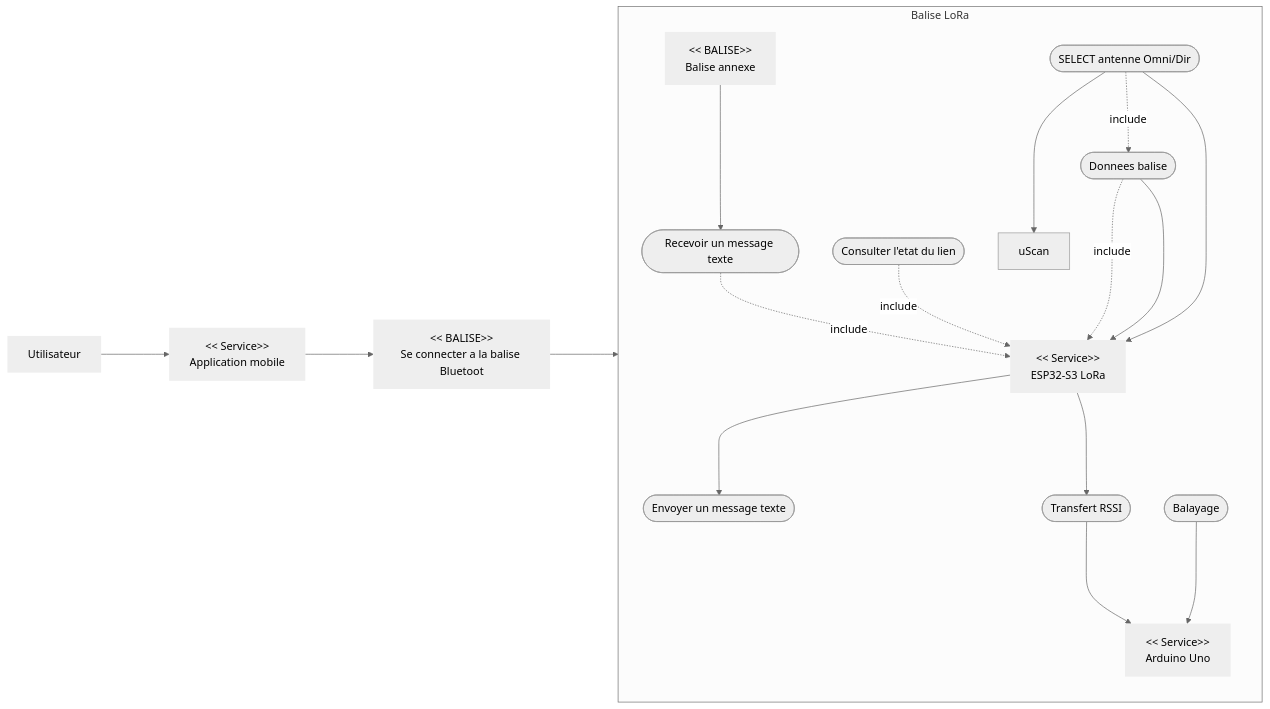
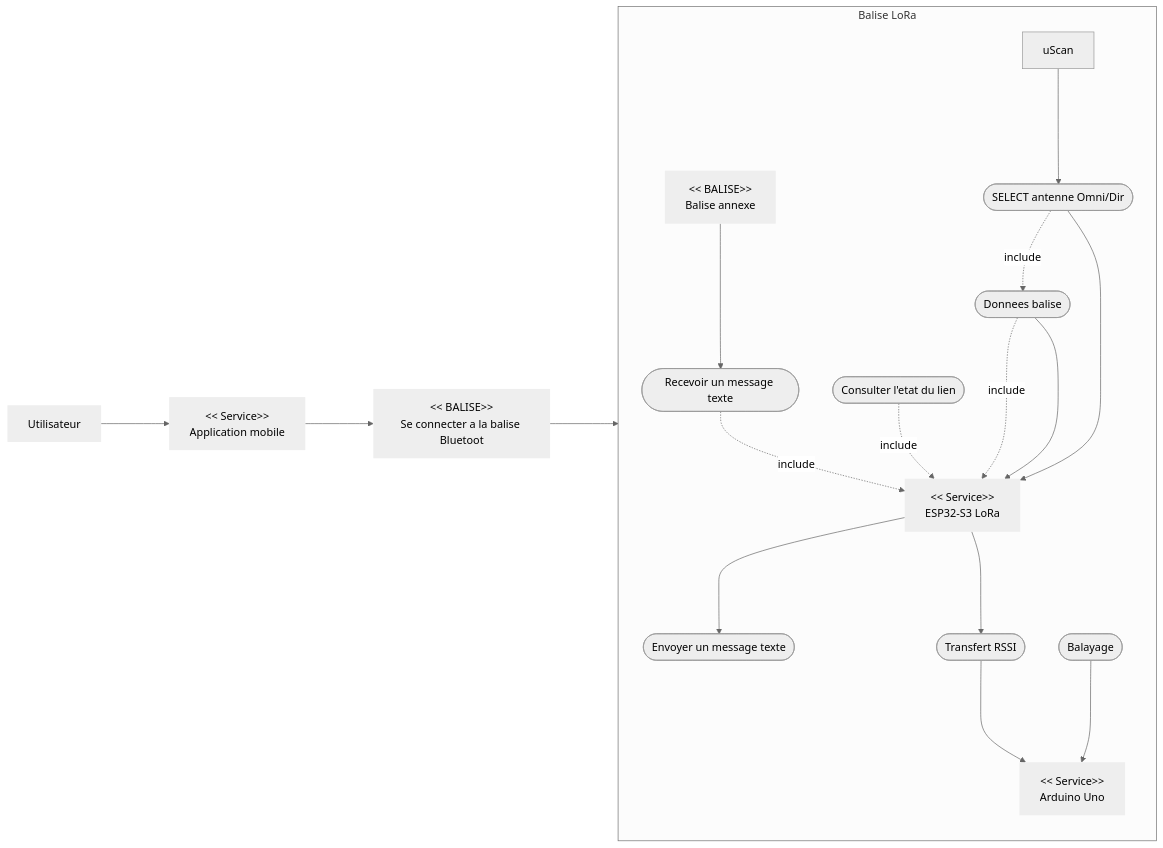
The first of 7 diagrams in Diagrammes_SysML_Projet_LoRa.md (SHU445/Projet-LoRa-72h), drawn with Mermaid (neutral theme) before and after one commit.

Commit message:
"CorrectUseCase4.3"

````diff
--- a/Diagrammes_SysML_Projet_LoRa.md
+++ b/Diagrammes_SysML_Projet_LoRa.md
@@ -12,41 +12,41 @@
 ```mermaid
 flowchart LR
   rU["Utilisateur"]:::role
   rAPP["<< Service>>\nApplication mobile"]:::role
   rESP["<< Service>>\nESP32-S3 LoRa"]:::role
   rARD["<< Service>>\nArduino Uno"]:::role
   rCONN["<< BALISE>>\nSe connecter a la balise Bluetoot"]:::role
 
   rOTB["<< BALISE>>\nBalise annexe"]:::role
 
   subgraph S["Balise LoRa"]
     direction TB
     ucSend([Envoyer un message texte])
     ucReceive([Recevoir un message texte])
     ucStatus([Consulter l'etat du lien])
     ucData([Donnees balise])
     ucSelectAntenna([SELECT antenne Omni/Dir])
     ucScan([Balayage])
     ucRssi([Transfert RSSI])
 
     rESP ---> ucSend
     ucReceive -. include .-> rESP
     ucStatus -. include .-> rESP
     ucData -. include .-> rESP
     ucSelectAntenna -. include .-> ucData
-    ucSelectAntenna ---> uScan
+    uScan ---> ucSelectAntenna
     rESP ---> ucRssi ---> rARD
     rOTB ---> ucReceive
   end
 
   rU ---> rAPP
   rAPP ---> rCONN
   rCONN ---> rESP
 
   ucData ---> rESP
   ucSelectAntenna ---> rESP
 
   ucScan ---> rARD
 
   classDef role stroke-width:0px;
 ```
````
